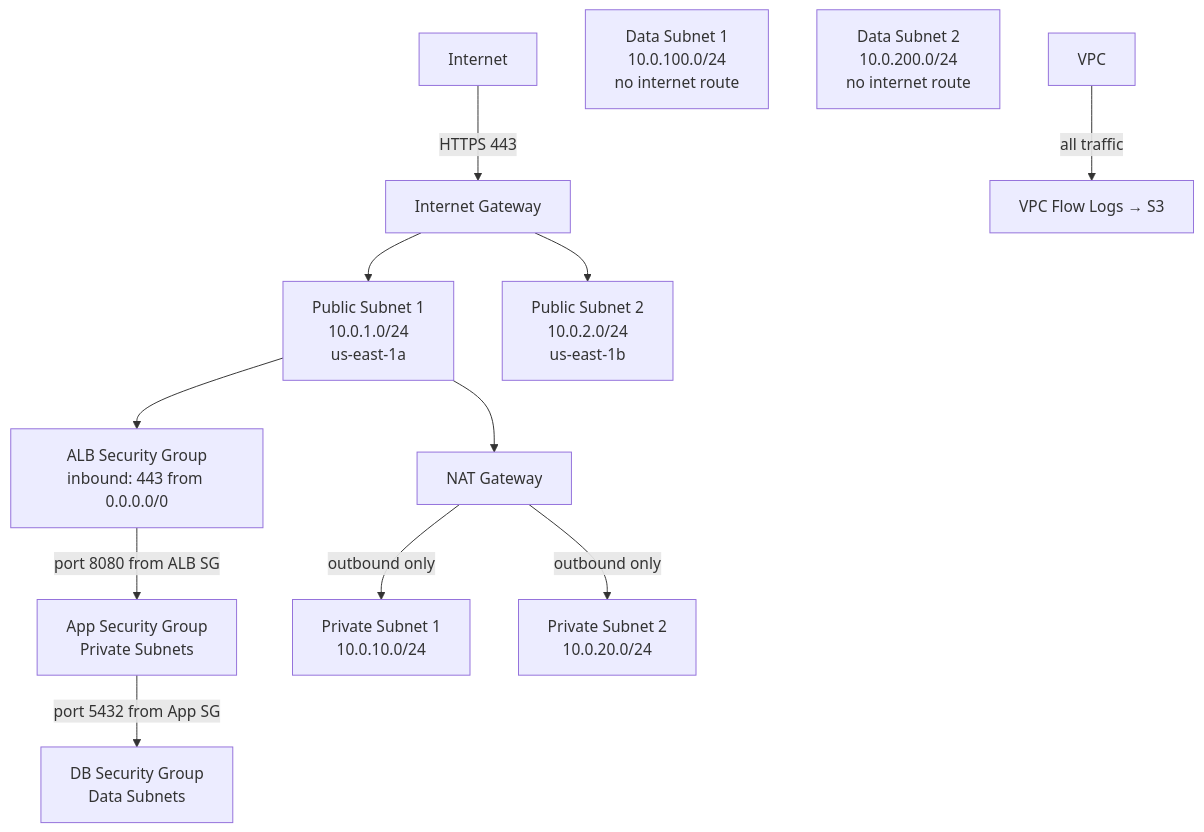
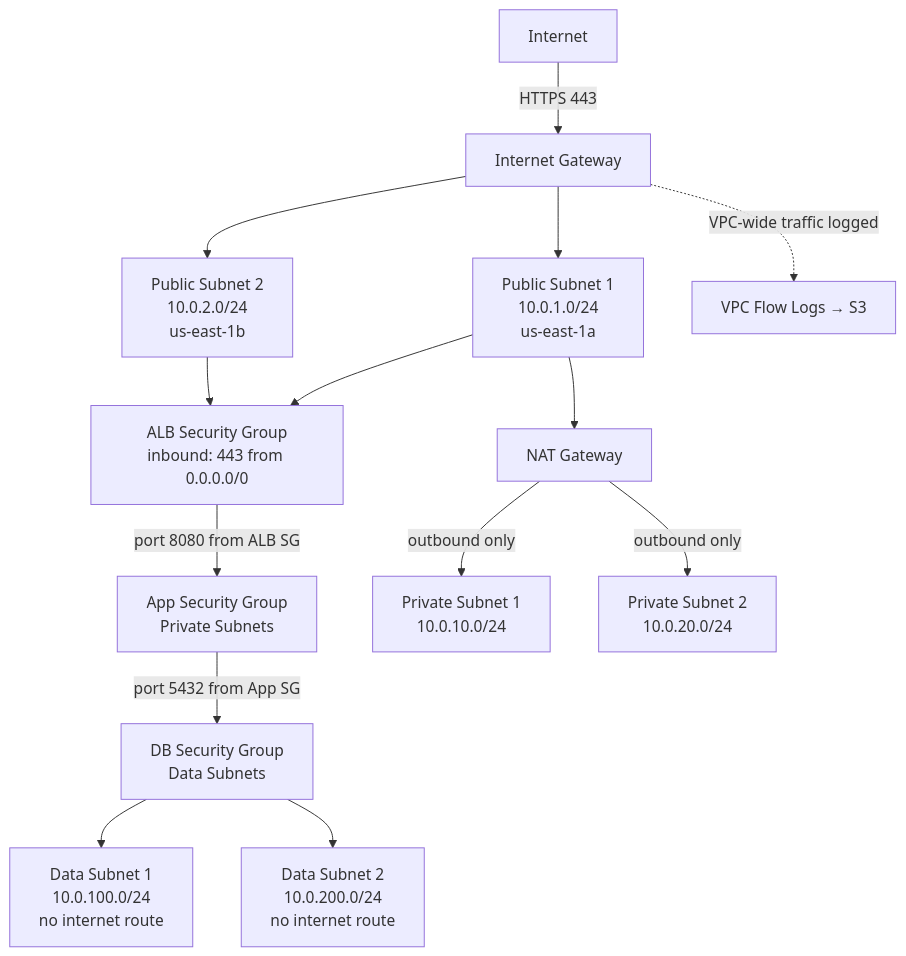
One commit to tahmidislam2003/aws-vpc-terraform changed the diagram in README.md. Above: the diagram before and after it, drawn with Mermaid.

Commit message:
Fix Mermaid diagram: connect data subnets to DB_SG, fix VPC flow logs node reference

````diff
--- a/README.md
+++ b/README.md
@@ -11,15 +11,16 @@
 ```mermaid
 graph TD
     Internet -->|HTTPS 443| IGW[Internet Gateway]
     IGW --> PubSub1[Public Subnet 1<br/>10.0.1.0/24<br/>us-east-1a]
     IGW --> PubSub2[Public Subnet 2<br/>10.0.2.0/24<br/>us-east-1b]
     PubSub1 --> ALB_SG[ALB Security Group<br/>inbound: 443 from 0.0.0.0/0]
+    PubSub2 --> ALB_SG
     ALB_SG -->|port 8080 from ALB SG| App_SG[App Security Group<br/>Private Subnets]
     App_SG -->|port 5432 from App SG| DB_SG[DB Security Group<br/>Data Subnets]
     PubSub1 --> NAT[NAT Gateway]
     NAT -->|outbound only| PrivSub1[Private Subnet 1<br/>10.0.10.0/24]
     NAT -->|outbound only| PrivSub2[Private Subnet 2<br/>10.0.20.0/24]
-    DataSub1[Data Subnet 1<br/>10.0.100.0/24<br/>no internet route]
-    DataSub2[Data Subnet 2<br/>10.0.200.0/24<br/>no internet route]
-    VPC -->|all traffic| FlowLogs[VPC Flow Logs → S3]
+    DB_SG --> DataSub1[Data Subnet 1<br/>10.0.100.0/24<br/>no internet route]
+    DB_SG --> DataSub2[Data Subnet 2<br/>10.0.200.0/24<br/>no internet route]
+    IGW -.->|VPC-wide traffic logged| FlowLogs[VPC Flow Logs → S3]
 ```
````
